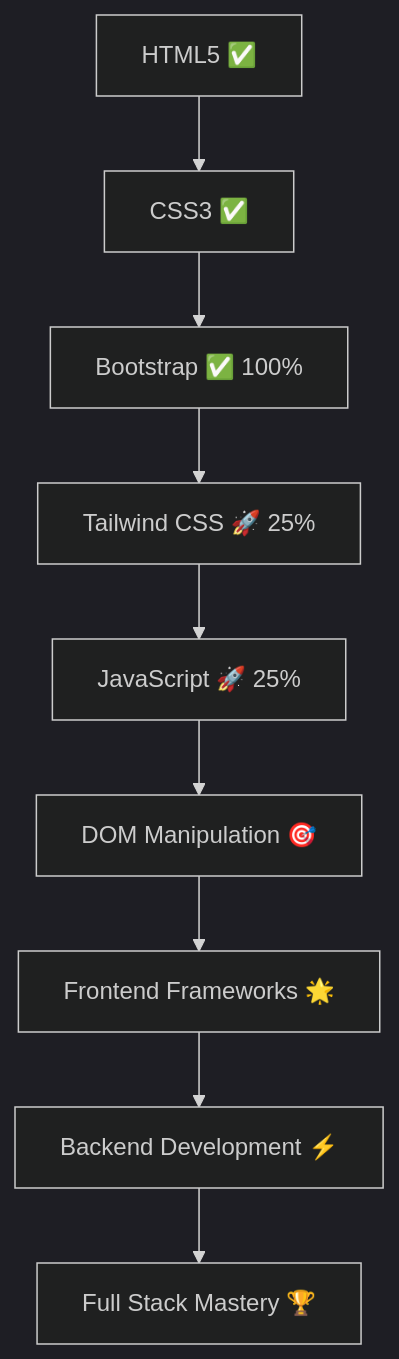
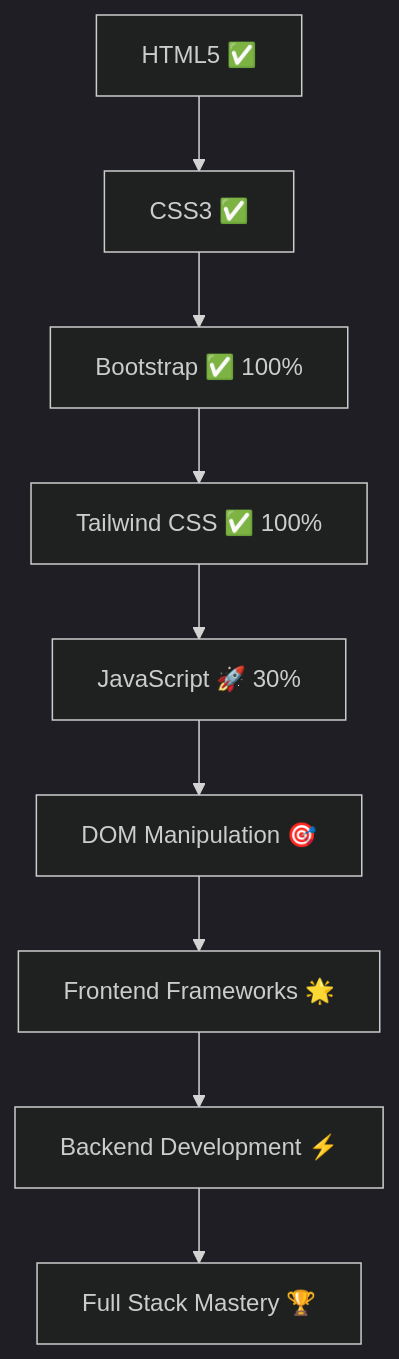
Before and after one commit to MahmoudFawzy10/HOODIE: the diagram in README.md, drawn with Mermaid (dark theme).

````diff
--- a/README.md
+++ b/README.md
@@ -41,11 +41,11 @@
 ```mermaid
 graph TD;
   A[HTML5 ✅] --> B[CSS3 ✅];
   B --> C[Bootstrap ✅ 100%];
-  C --> D[Tailwind CSS 🚀 25%];
-  D --> E[JavaScript 🚀 25%];
+  C --> D[Tailwind CSS ✅ 100%];
+  D --> E[JavaScript 🚀 30%];
   E --> F[DOM Manipulation 🎯];
   F --> G[Frontend Frameworks 🌟];
   G --> H[Backend Development ⚡];
   H --> I[Full Stack Mastery 🏆];
 ```
````
